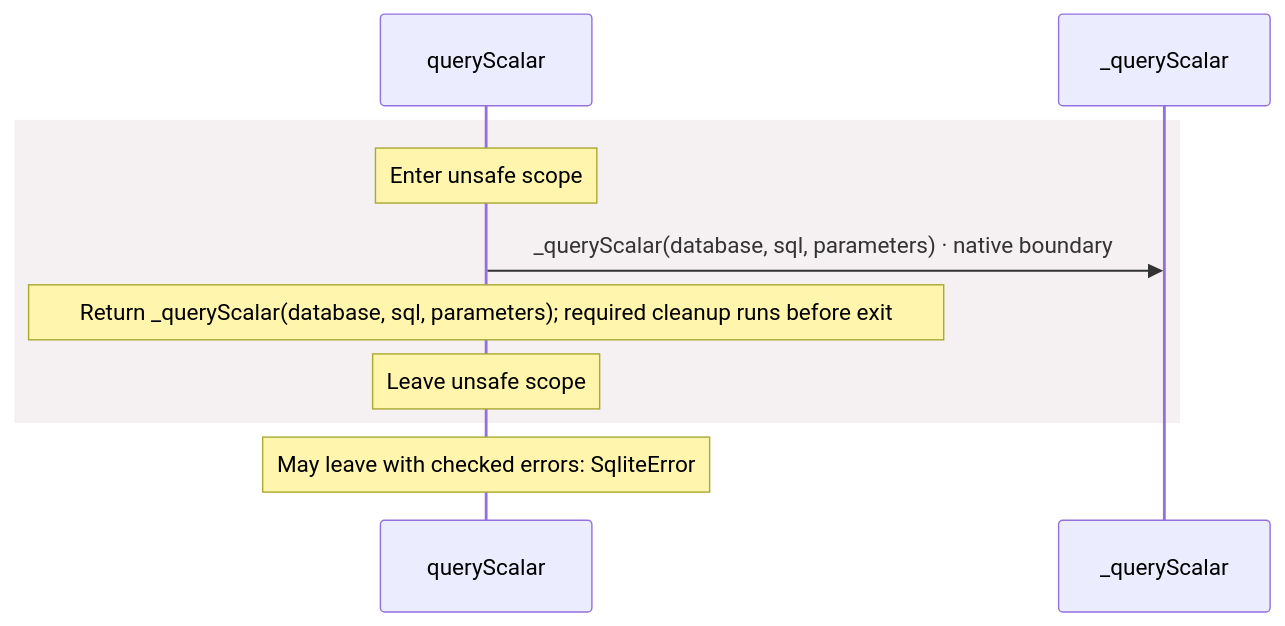
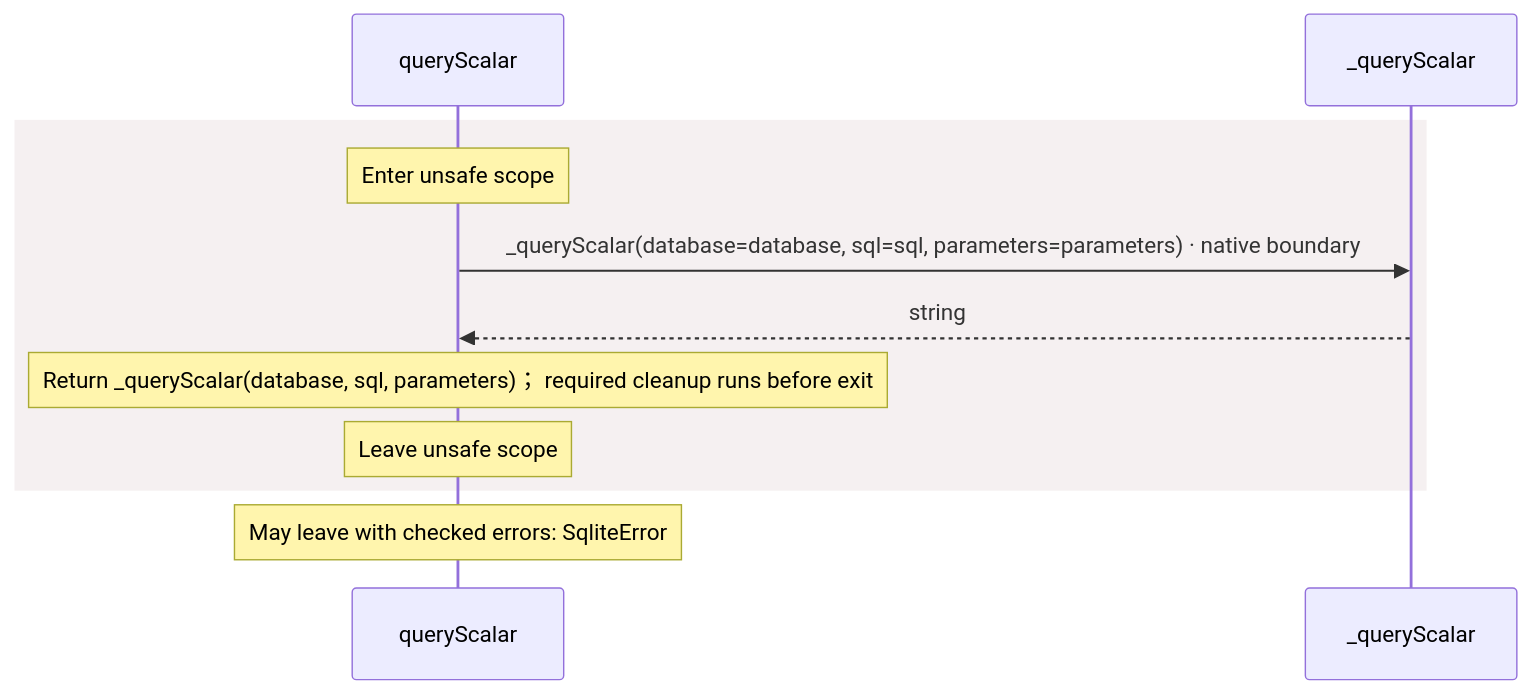
Before and after one commit to GreenPandaStudios/augscript: the seventh of 7 diagrams in docs/examples/native-sqlite/dependencies/packages/@greenpandastudios/aug-sqlite/0.1.5/api-diagrams.md, drawn with Mermaid. The commit also changed other lines of this file and 524 other files, not shown here.

Commit message:
Explain checked data flow at folder and service levels

````diff
--- a/docs/examples/native-sqlite/dependencies/packages/@greenpandastudios/aug-sqlite/0.1.5/api-diagrams.md
+++ b/docs/examples/native-sqlite/dependencies/packages/@greenpandastudios/aug-sqlite/0.1.5/api-diagrams.md
@@ -188,12 +171,13 @@
 ```mermaid
 sequenceDiagram
     participant p0 as queryScalar
     participant p1 as _queryScalar
     rect rgb(245, 240, 241)
     Note over p0: Enter unsafe scope
-    p0->>p1: _queryScalar(database, sql, parameters) · native boundary
-    Note over p0: Return _queryScalar(database, sql, parameters)#59; required cleanup runs before exit
+    p0->>p1: _queryScalar(database=database, sql=sql, parameters=parameters) · native boundary
+    p1-->>p0: string
+    Note over p0: Return _queryScalar(database, sql, parameters)； required cleanup runs before exit
     Note over p0: Leave unsafe scope
     end
     Note over p0: May leave with checked errors: SqliteError
 ```
````
